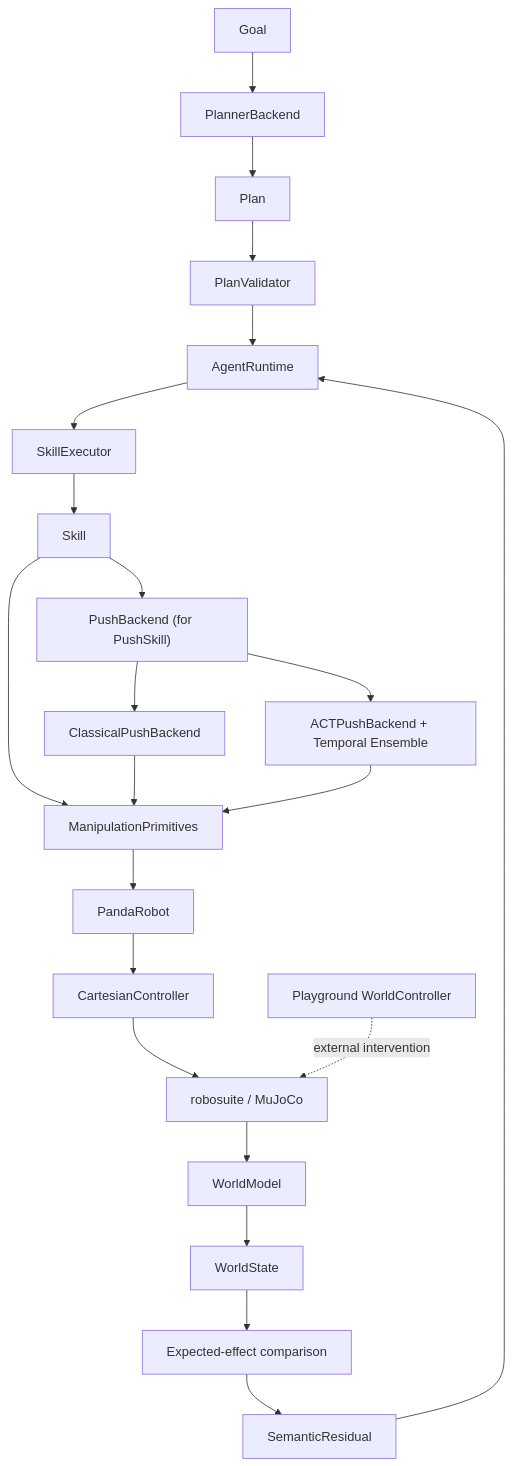
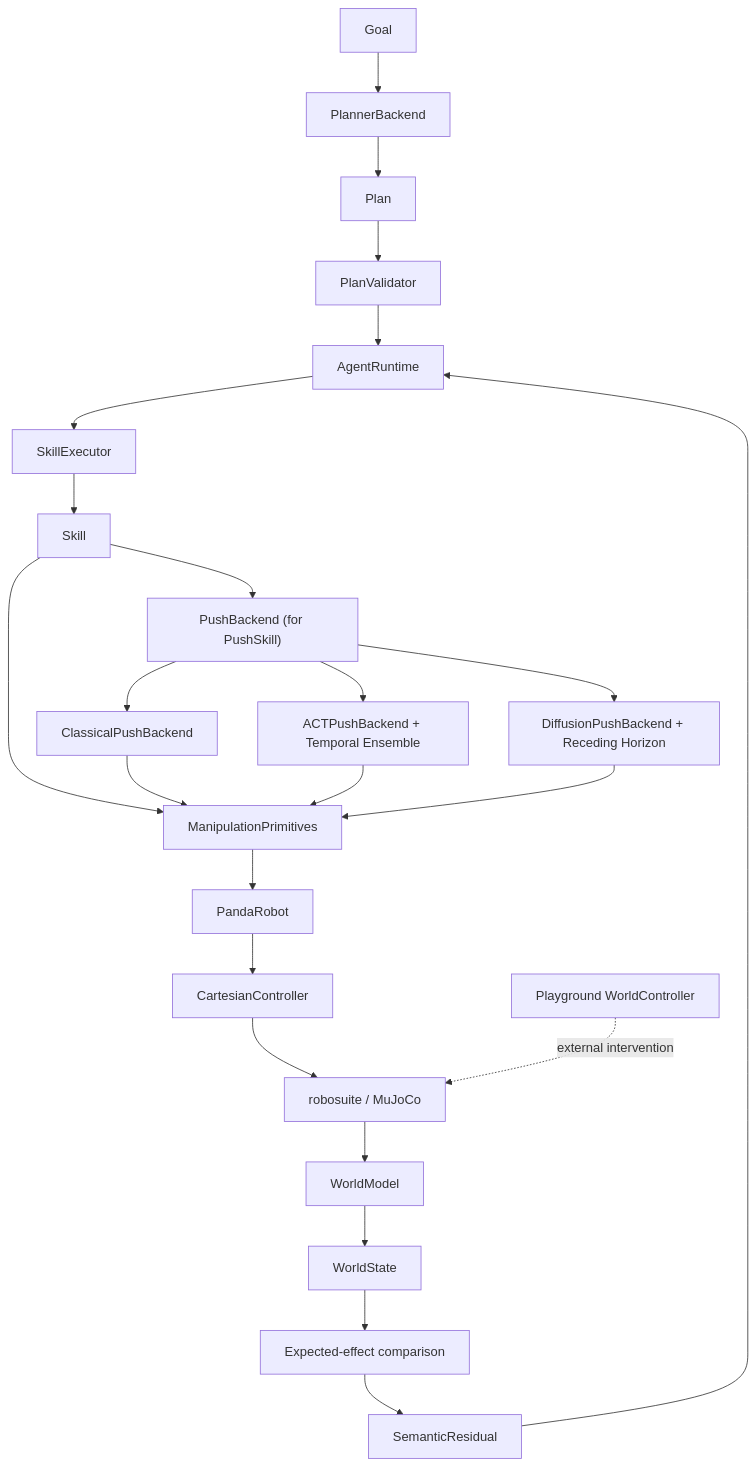
The diagram in docs/architecture.md (Block-O2/semantic-manipulation-stack), drawn with Mermaid before and after one commit. The commit also changed other lines of this file and 19 other files, not shown here.

Commit message:
Add state-based Diffusion Policy Push backend

````diff
--- a/docs/architecture.md
+++ b/docs/architecture.md
@@ -9,26 +9,28 @@
 ```mermaid
 flowchart TD
     G["Goal"] --> P["PlannerBackend"]
     P --> PL["Plan"]
     PL --> V["PlanValidator"]
     V --> A["AgentRuntime"]
     A --> E["SkillExecutor"]
     E --> S["Skill"]
     S --> PB["PushBackend (for PushSkill)"]
     S --> PR["ManipulationPrimitives"]
     PB --> CL["ClassicalPushBackend"]
     PB --> ACT["ACTPushBackend + Temporal Ensemble"]
+    PB --> DP["DiffusionPushBackend + Receding Horizon"]
     CL --> PR
     ACT --> PR
+    DP --> PR
     PR --> R["PandaRobot"]
     R --> C["CartesianController"]
     C --> SIM["robosuite / MuJoCo"]
 
     SIM --> WM["WorldModel"]
     WM --> WS["WorldState"]
     WS --> EV["Expected-effect comparison"]
     EV --> RES["SemanticResidual"]
     RES --> A
 
     WC["Playground WorldController"] -. "external intervention" .-> SIM
 ```
````
